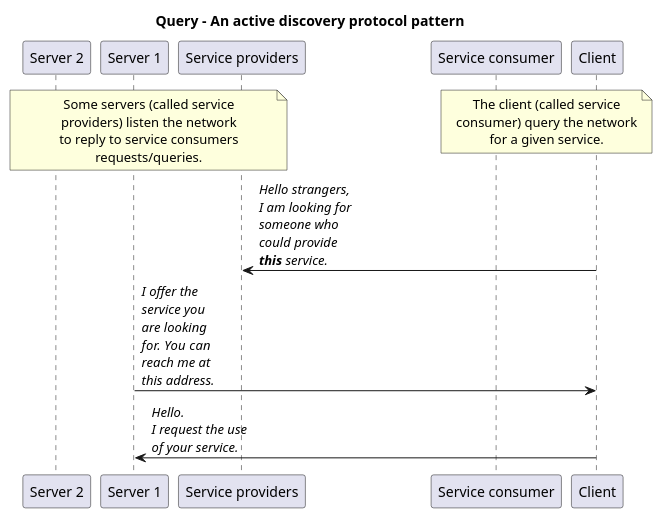
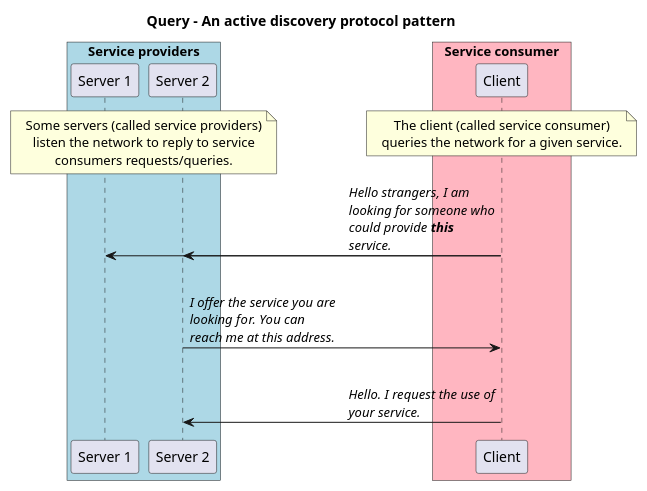
One commit to heig-vd-dai-course/heig-vd-dai-course changed the diagram in 13-java-udp-programming/images/service-discovery-protocols-query.plantuml. Above: the diagram before and after it, drawn with PlantUML. The commit also changed 11 other files, not shown here.

```diff
--- a/13-java-udp-programming/images/service-discovery-protocols-query.plantuml
+++ b/13-java-udp-programming/images/service-discovery-protocols-query.plantuml
@@ -1,30 +1,38 @@
 @startuml query
+!pragma teoz true
+skinparam BoxPadding 100
+skinparam maxMessageSize 150
 skinparam noteTextAlignment center
+skinparam sequenceMessageAlign direction
+skinparam wrapWidth 250
 
 title "Query - An active discovery protocol pattern"
 
-participant "Server 2" as server2
-participant "Server 1" as server1
-participant "Service providers" as providers
-participant "Service consumer" as consumer
-participant "Client" as client
+box "Service providers" #LightBlue
+  participant "Server 1" as server1
+  participant "Server 2" as server2
+end box
 
-note over server2, providers
-Some servers (called service
-providers) listen the network
-to reply to service consumers
-requests/queries.
+box "Service consumer" #LightPink
+  participant "Client" as client
+end box
+
+note over server1, server2
+Some servers (called service providers) listen the network to reply to service consumers requests/queries.
 end note
 
-/ note over consumer, client
-The client (called service
-consumer) query the network
-for a given service.
+/ note over client
+The client (called service consumer) queries the network for a given service.
 end note
 
-client -> providers: <i>Hello strangers,</i>\n<i>I am looking for</i>\n<i>someone who</i>\n<i>could provide</i>\n<i><b>this</b> service.</i>
+client -> server1: <i>Hello strangers, I am looking for someone who could provide <b>this</b> service.</i>
+& client -> server2
 
-server1 -> client: <i>I offer the</i>\n<i>service you</i>\n<i>are looking</i>\n<i>for. You can</i>\n<i>reach me at</i>\n<i>this address.</i>
+|||
 
-client -> server1: <i>Hello.</i>\n<i>I request the use</i>\n<i>of your service.</i>
+server2 -> client: <i>I offer the service you are looking for. You can reach me at this address.</i>
+
+|||
+
+client -> server2: <i>Hello. I request the use of your service.</i>
 @enduml
```
